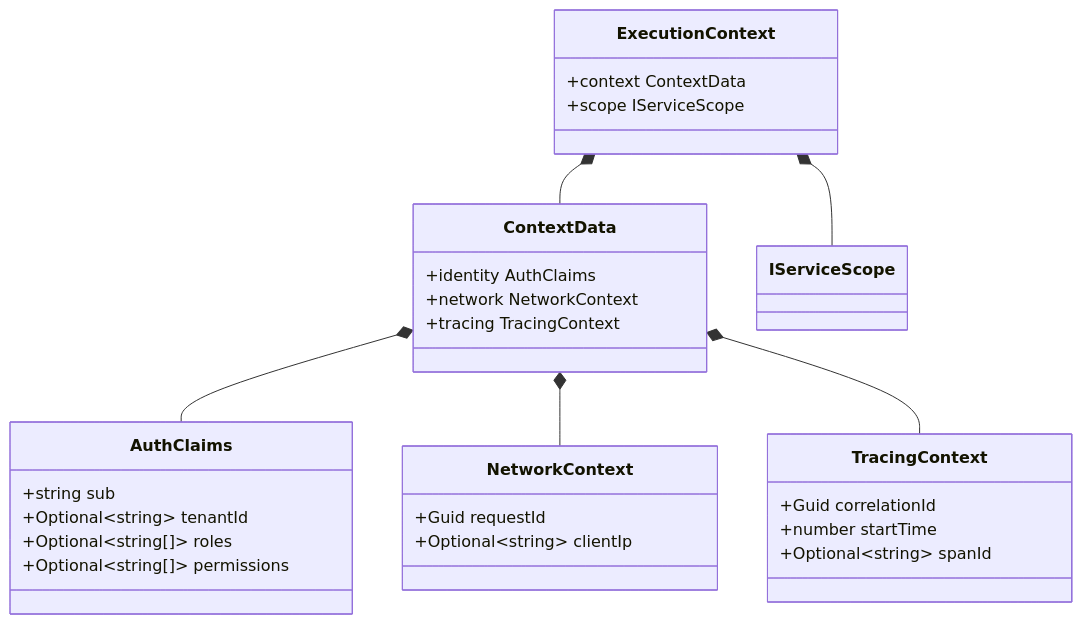
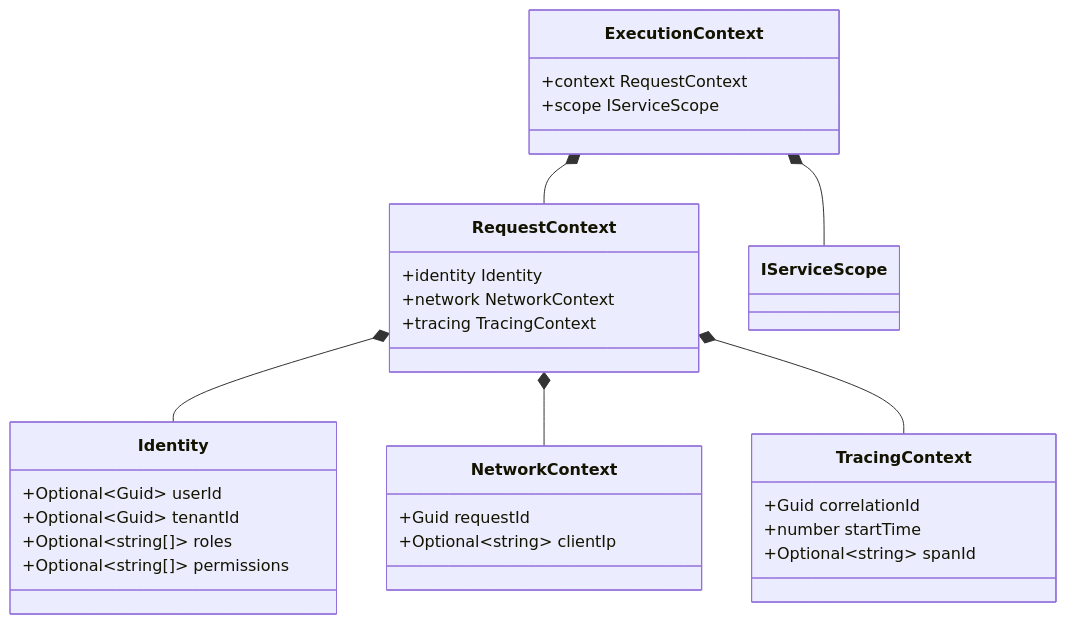
Before and after one commit to xeno-js/xeno-js: the diagram in documentation/execution-context-middleware/execution-context-composition.md, drawn with Mermaid. The commit also changed other lines of this file and 66 other files, not shown here.

````diff
--- a/documentation/execution-context-middleware/execution-context-composition.md
+++ b/documentation/execution-context-middleware/execution-context-composition.md
@@ -53,34 +68,34 @@
 ```mermaid
 classDiagram
     class ExecutionContext {
-        +context ContextData
+    +context RequestContext
         +scope IServiceScope
     }
-    class ContextData {
-        +identity AuthClaims
+  class RequestContext {
+    +identity Identity
         +network NetworkContext
         +tracing TracingContext
     }
-    class AuthClaims {
-        +string sub
-        +Optional~string~ tenantId
+  class Identity {
+    +Optional~Guid~ userId
+    +Optional~Guid~ tenantId
         +Optional~string[]~ roles
         +Optional~string[]~ permissions
     }
     class NetworkContext {
         +Guid requestId
         +Optional~string~ clientIp
     }
     class TracingContext {
         +Guid correlationId
         +number startTime
         +Optional~string~ spanId
     }
 
-    ExecutionContext *-- ContextData
+    ExecutionContext *-- RequestContext
     ExecutionContext *-- IServiceScope
-    ContextData *-- AuthClaims
-    ContextData *-- NetworkContext
-    ContextData *-- TracingContext
+    RequestContext *-- Identity
+    RequestContext *-- NetworkContext
+    RequestContext *-- TracingContext
 
 ```
````
